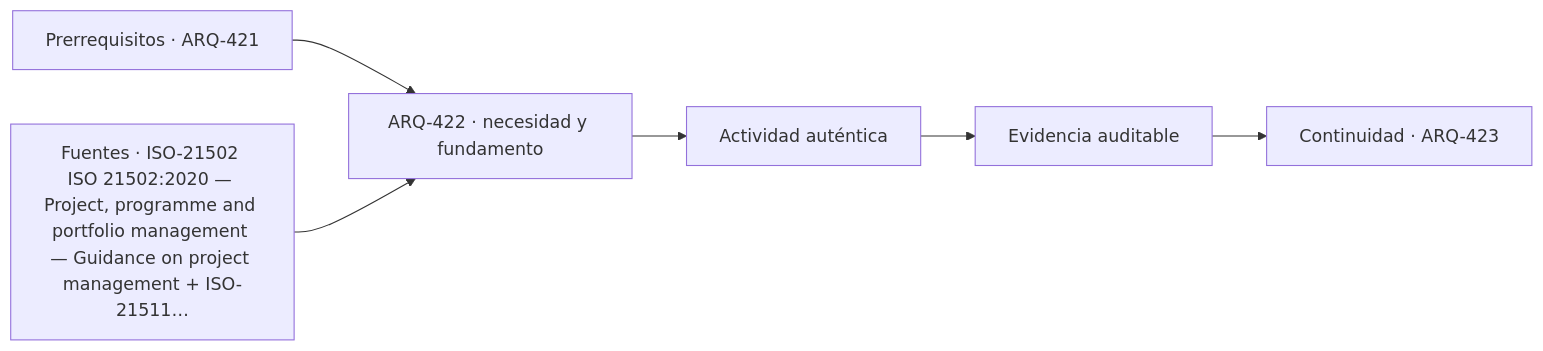
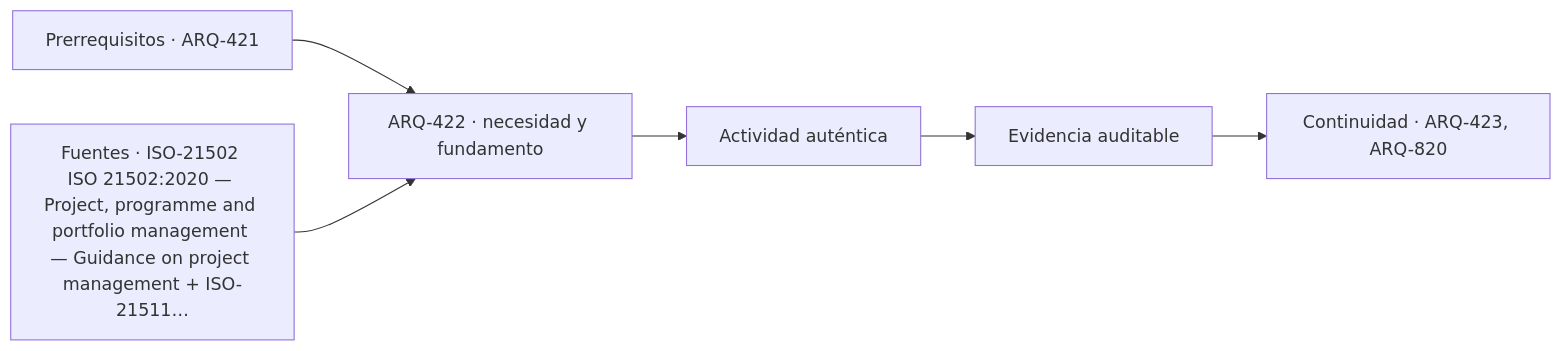
The diagram in classes/parte-43/ARQ-422.md (vladimiracunadev-create/architecture-built-environment-learning-program), drawn with Mermaid before and after one commit. The commit also changed other lines of this file and 234 other files, not shown here.

````diff
--- a/classes/parte-43/ARQ-422.md
+++ b/classes/parte-43/ARQ-422.md
@@ -87,8 +87,8 @@
 ```mermaid
 flowchart LR
     A["Prerrequisitos · ARQ-421"] --> B["ARQ-422 · necesidad y fundamento"]
     S["Fuentes · ISO-21502 ISO 21502:2020 — Project, programme and portfolio management — Guidance on project management + ISO-21511…"] --> B
     B --> C["Actividad auténtica"]
     C --> D["Evidencia auditable"]
-    D --> E["Continuidad · ARQ-423"]
+    D --> E["Continuidad · ARQ-423, ARQ-820"]
 ```
````
